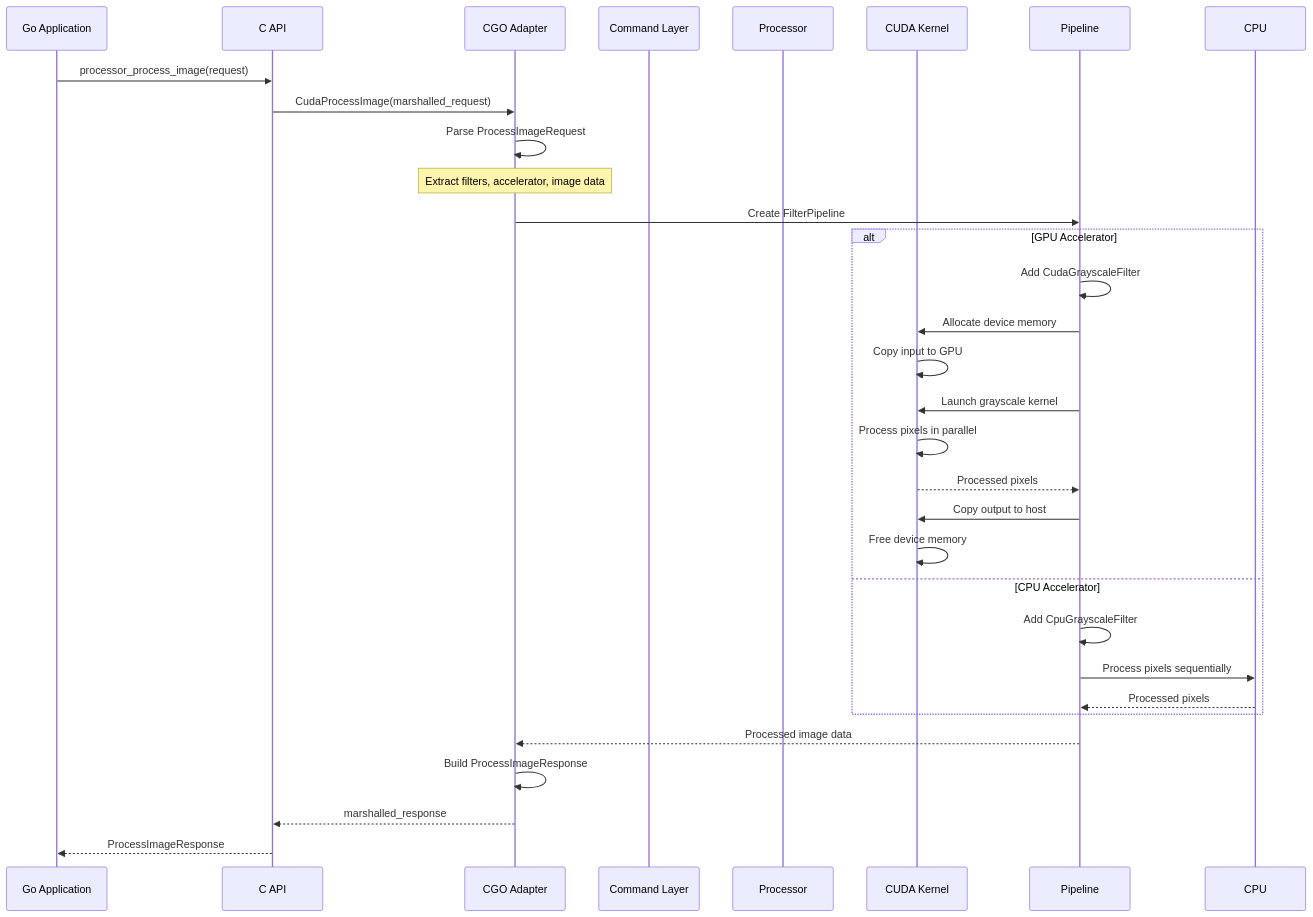
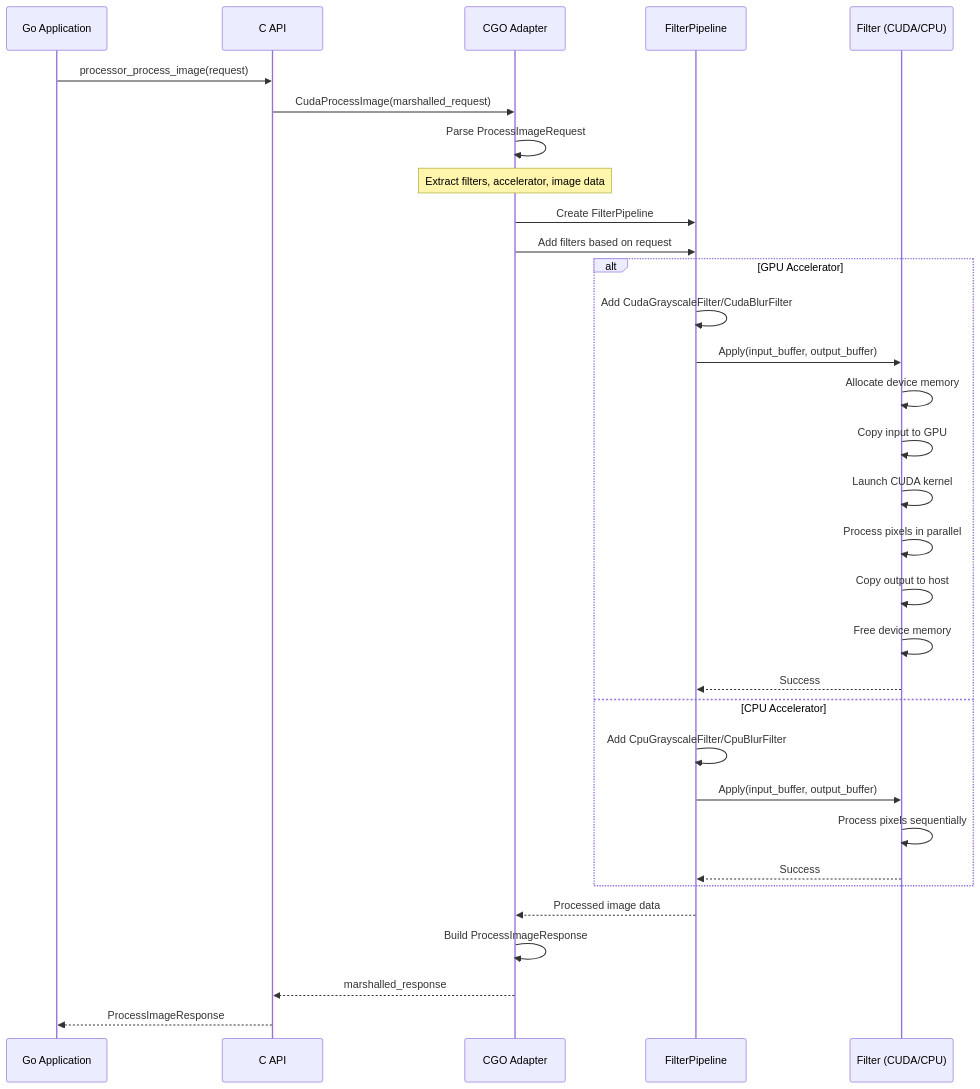
One commit to josnelihurt/learning-cuda changed the third of 3 diagrams in cpp_accelerator/README.md. Above: the diagram before and after it, drawn with Mermaid. The commit also changed other lines of this file and 19 other files, not shown here.

First line of the commit message:
refactor: remove deprecated commands and migrate to filter pipeline

````diff
--- a/cpp_accelerator/README.md
+++ b/cpp_accelerator/README.md
@@ -118,37 +106,39 @@
 ```mermaid
 sequenceDiagram
     participant Go as Go Application
     participant API as C API
     participant CGO as CGO Adapter
-    participant Command as Command Layer
-    participant Proc as Processor
-    participant CUDA as CUDA Kernel
+    participant Pipeline as FilterPipeline
+    participant Filter as Filter (CUDA/CPU)
     
     Go->>API: processor_process_image(request)
     API->>CGO: CudaProcessImage(marshalled_request)
     CGO->>CGO: Parse ProcessImageRequest
     
     Note over CGO: Extract filters, accelerator, image data
     
     CGO->>Pipeline: Create FilterPipeline
+    CGO->>Pipeline: Add filters based on request
     
     alt GPU Accelerator
-        Pipeline->>Pipeline: Add CudaGrayscaleFilter
-        Pipeline->>CUDA: Allocate device memory
-        CUDA->>CUDA: Copy input to GPU
-        Pipeline->>CUDA: Launch grayscale kernel
-        CUDA->>CUDA: Process pixels in parallel
-        CUDA-->>Pipeline: Processed pixels
-        Pipeline->>CUDA: Copy output to host
-        CUDA->>CUDA: Free device memory
+        Pipeline->>Pipeline: Add CudaGrayscaleFilter/CudaBlurFilter
+        Pipeline->>Filter: Apply(input_buffer, output_buffer)
+        Filter->>Filter: Allocate device memory
+        Filter->>Filter: Copy input to GPU
+        Filter->>Filter: Launch CUDA kernel
+        Filter->>Filter: Process pixels in parallel
+        Filter->>Filter: Copy output to host
+        Filter->>Filter: Free device memory
+        Filter-->>Pipeline: Success
     else CPU Accelerator
-        Pipeline->>Pipeline: Add CpuGrayscaleFilter
-        Pipeline->>CPU: Process pixels sequentially
-        CPU-->>Pipeline: Processed pixels
+        Pipeline->>Pipeline: Add CpuGrayscaleFilter/CpuBlurFilter
+        Pipeline->>Filter: Apply(input_buffer, output_buffer)
+        Filter->>Filter: Process pixels sequentially
+        Filter-->>Pipeline: Success
     end
     
     Pipeline-->>CGO: Processed image data
     CGO->>CGO: Build ProcessImageResponse
     CGO-->>API: marshalled_response
     API-->>Go: ProcessImageResponse
 ```
````
